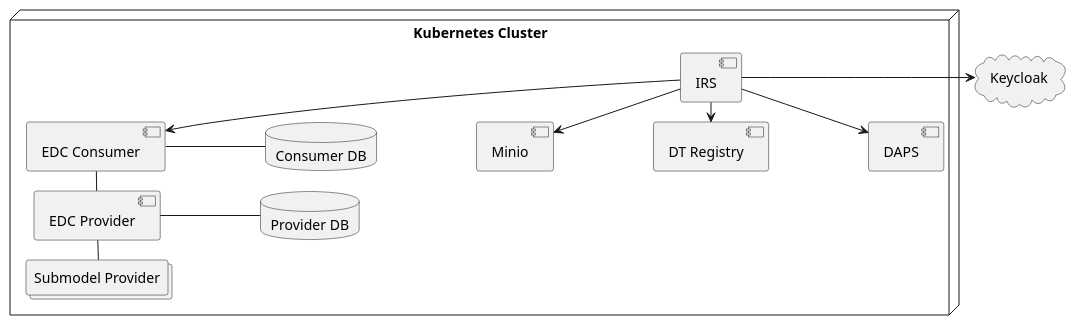
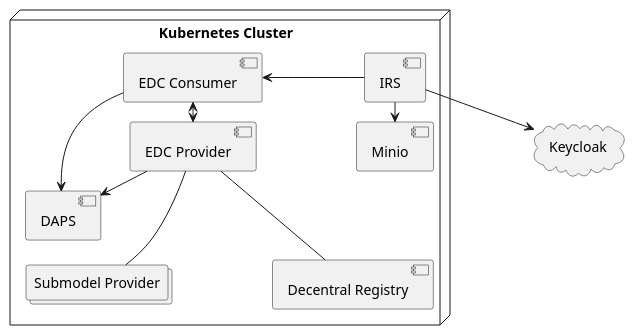
One commit to eclipse-tractusx/item-relationship-service changed the diagram in docs/src/uml-diagrams/deployment-view/level-0-dev.puml. Above: the diagram before and after it, drawn with PlantUML. The commit also changed 7 other files, not shown here.

```diff
--- a/docs/src/uml-diagrams/deployment-view/level-0-dev.puml
+++ b/docs/src/uml-diagrams/deployment-view/level-0-dev.puml
@@ -1,35 +1,32 @@
 @startuml
 skinparam monochrome true
 skinparam shadowing false
 skinparam nodesep 100
 skinparam ranksep 20
 
 cloud Keycloak
 
 node "Kubernetes Cluster" as k8s {
 
     component IRS
     component Minio
-    component "DT Registry" as dtr
+    component "Decentral Registry" as dtr
     component "EDC Consumer" as consumer
     component "EDC Provider" as provider
-    database "Consumer DB" as cdb
-    database "Provider DB" as pdb
     component "DAPS" as daps
     collections "Submodel Provider" as submodel
 
 
     IRS --> Minio
-    IRS --> consumer
-    IRS --> dtr
-    IRS --> daps
-    consumer -- provider
-    provider -- submodel
-    consumer - cdb
-    provider - pdb
+    IRS -> consumer
+    consumer --> daps
+    provider --> daps
+    consumer <--> provider
+    provider --- submodel
+    provider --- dtr
 
 }
 
-IRS -> Keycloak
+IRS --> Keycloak
 
 @enduml
```
